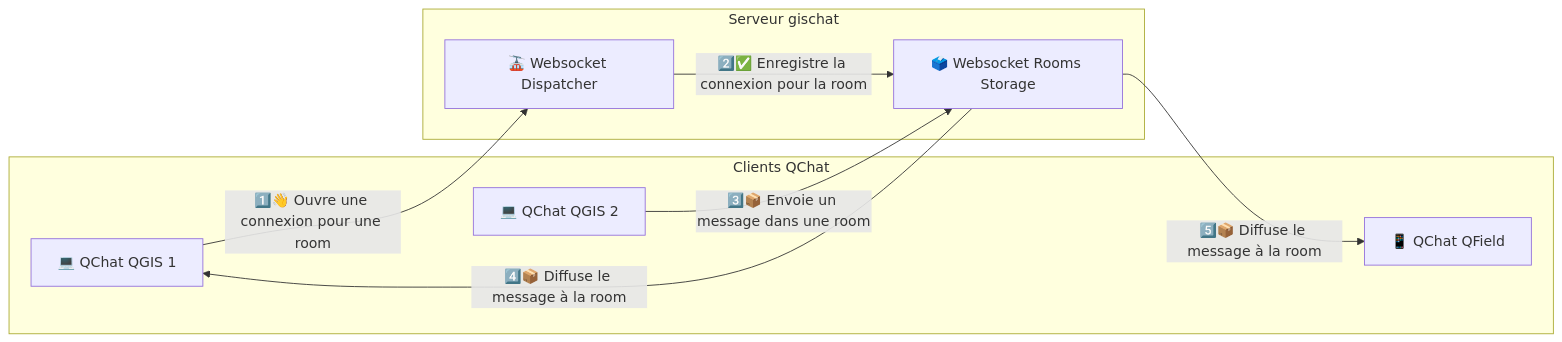
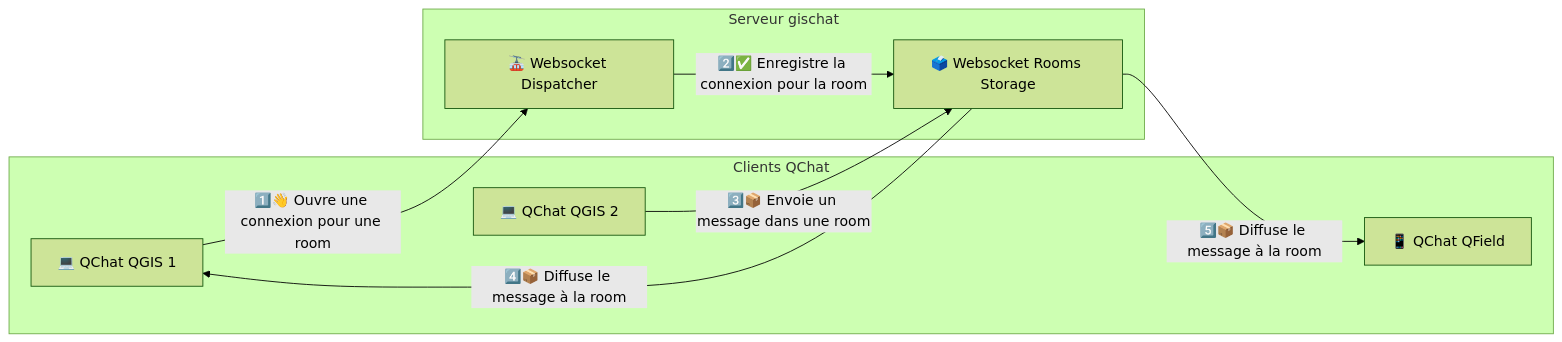
Before and after one commit to geotribu/slides: the diagram in slides/2025-06-11_qchat_qgisfr2025.md, drawn with Mermaid.

Commit message:
update(qchatfr): utiliser le thème forest de mermaid

````diff
--- a/slides/2025-06-11_qchat_qgisfr2025.md
+++ b/slides/2025-06-11_qchat_qgisfr2025.md
@@ -123,19 +123,21 @@
 ```mermaid
+%%{init: {'theme':'forest', 'themeVariables': {'background':'transparent'}}}%%
+
 graph LR
     subgraph Clients QChat
         QGISA[💻 QChat QGIS 1]
         QGISB[💻 QChat QGIS 2]
         QFieldA[📱 QChat QField]
     end
     subgraph Serveur gischat
         WSDispatcher[🚠 Websocket Dispatcher]
         WSStorage[🗳️ Websocket Rooms Storage]
     end
 
     QGISA --> |1️⃣👋 Ouvre une connexion pour une room| WSDispatcher
     WSDispatcher --> |2️⃣✅ Enregistre la connexion pour la room| WSStorage
 
     QGISB --> |3️⃣📦 Envoie un message dans une room| WSStorage
     WSStorage --> |4️⃣📦 Diffuse le message à la room| QGISA
     WSStorage --> |5️⃣📦 Diffuse le message à la room| QFieldA
 ```
````
